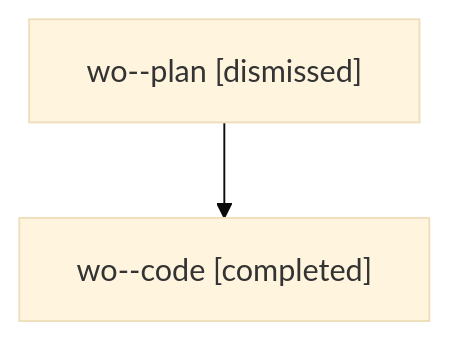
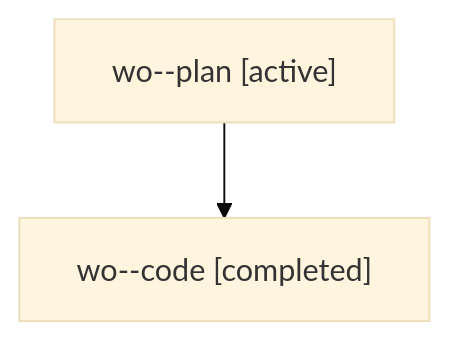
The diagram in families/bbugyi200.athena.wo.md (sase-org/sase--agents), drawn with Mermaid (base theme) before and after one commit. The commit also changed other lines of this file and 35830 other files, not shown here.

````diff
--- a/families/bbugyi200.athena.wo.md
+++ b/families/bbugyi200.athena.wo.md
@@ -9,6 +9,6 @@
 ```mermaid
 flowchart TD
-  n0["wo--plan [dismissed]"]
+  n0["wo--plan [active]"]
   n1["wo--code [completed]"]
   n0 --> n1
 ```
````
